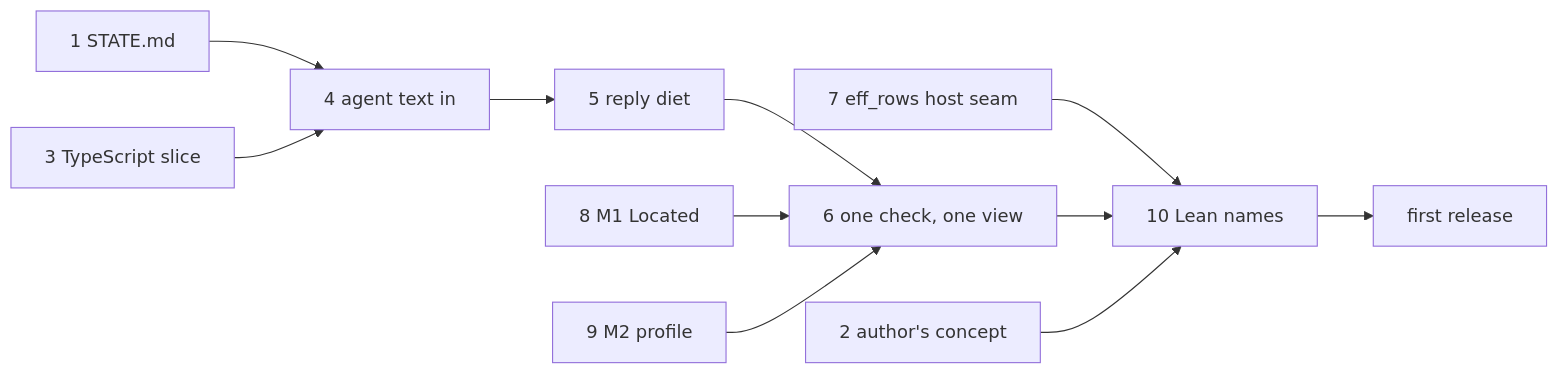
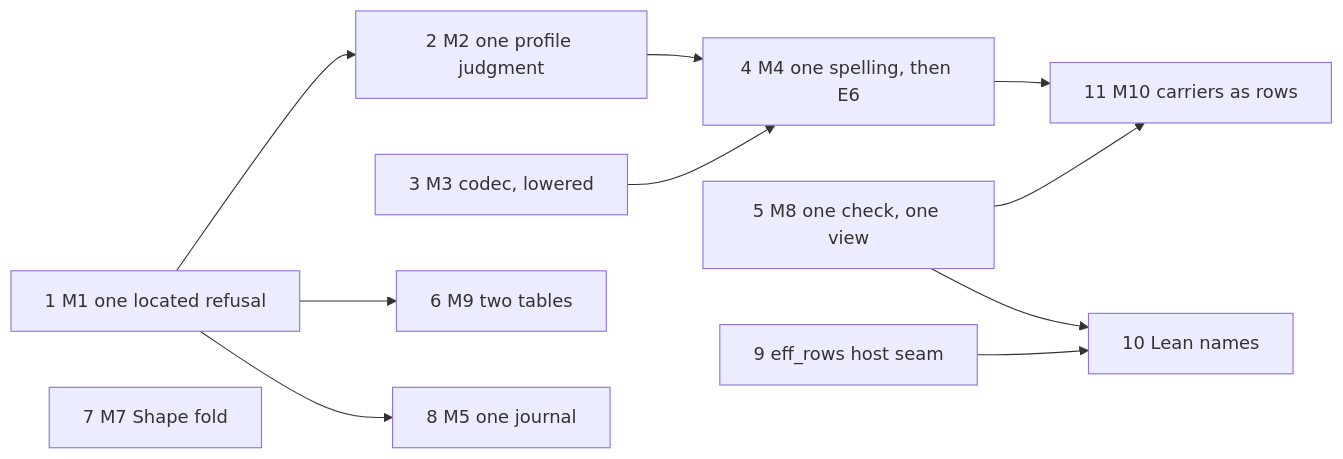
The second of 2 diagrams in docs/research/2026-10-20-coherence-audit/coherence.md (pure-algebra/lean4-effect4), drawn with Mermaid before and after one commit. The commit also changed other lines of this file and 2 other files, not shown here.

First line of the commit message:
Decisions: row 420, programs are written in Lean; the consolidation resumes

````diff
--- a/docs/research/2026-10-20-coherence-audit/coherence.md
+++ b/docs/research/2026-10-20-coherence-audit/coherence.md
@@ -206,13 +211,13 @@
 ```mermaid
 flowchart LR
-  I1["1 STATE.md"] --> I4["4 agent text in"]
-  I3["3 TypeScript slice"] --> I4
-  I4 --> I5["5 reply diet"]
-  I5 --> I6["6 one check, one view"]
-  I8["8 M1 Located"] --> I6
-  I9["9 M2 profile"] --> I6
-  I7["7 eff_rows host seam"] --> I10["10 Lean names"]
-  I6 --> I10
-  I2["2 author's concept"] --> I10
-  I10 --> R["first release"]
+  M1["1 M1 one located refusal"] --> M2["2 M2 one profile judgment"]
+  M2 --> M4["4 M4 one spelling, then E6"]
+  M3["3 M3 codec, lowered"] --> M4
+  M1 --> M9["6 M9 two tables"]
+  M1 --> M5["8 M5 one journal"]
+  M8["5 M8 one check, one view"] --> M10["11 M10 carriers as rows"]
+  M4 --> M10
+  M8 --> N["10 Lean names"]
+  F3["9 eff_rows host seam"] --> N
+  M7["7 M7 Shape fold"]
 ```
````
